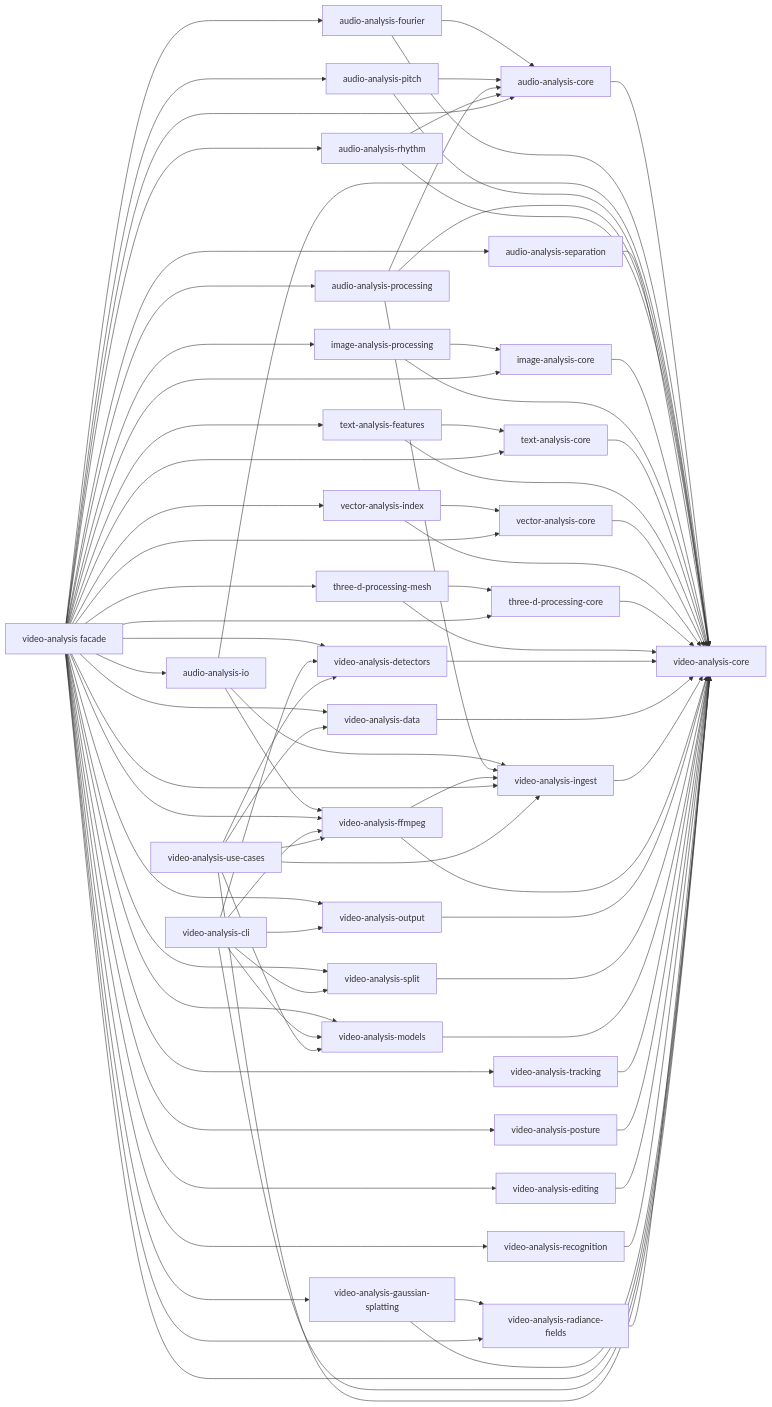
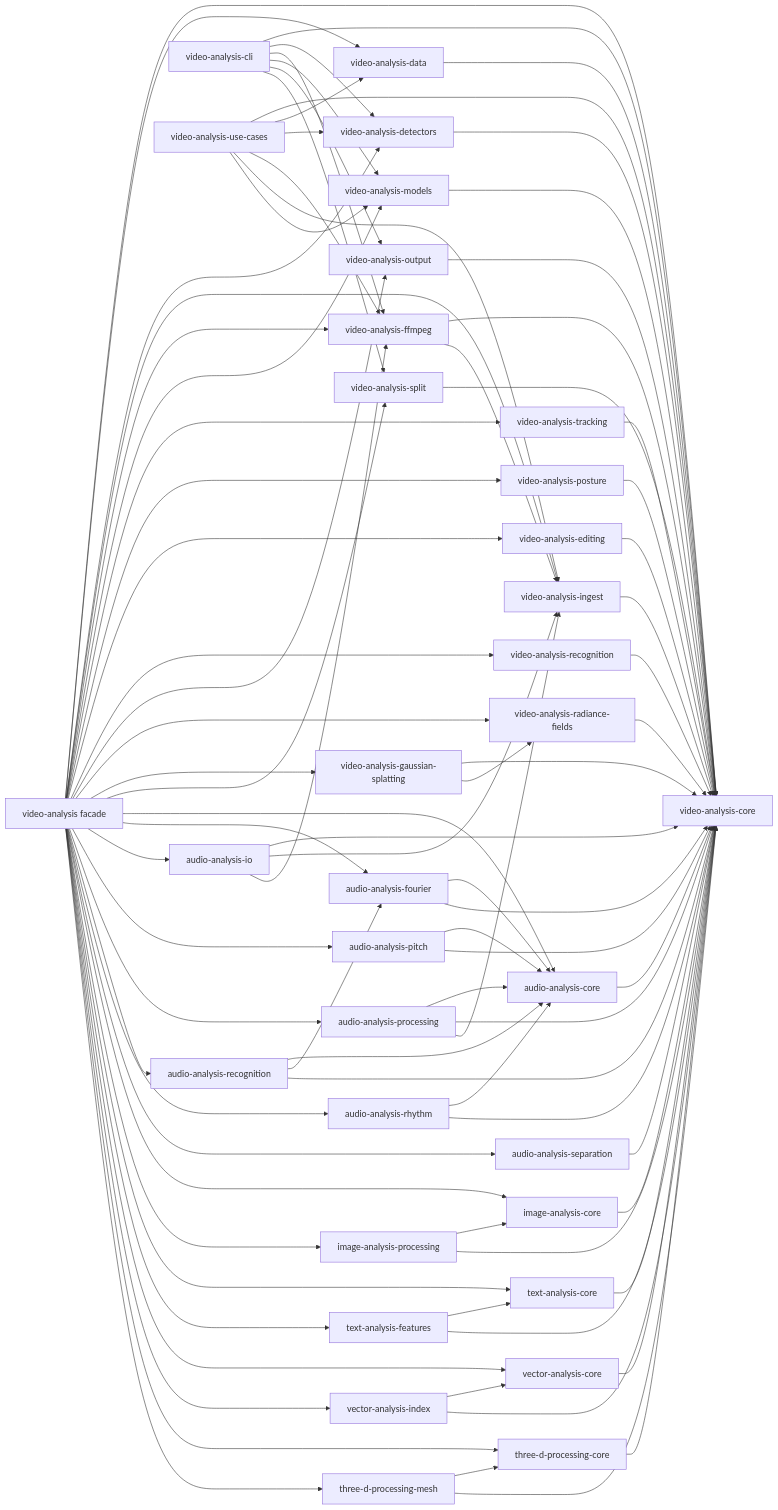
One commit to moritzbrantner/rust-packages changed the diagram in README.md. Above: the diagram before and after it, drawn with Mermaid. The commit also changed other lines of this file and 6 other files, not shown here.

First line of the commit message:
Add audio recognition crate

```diff
--- a/README.md
+++ b/README.md
@@ -181,6 +183,7 @@
     audioio[audio-analysis-io]
     pitch[audio-analysis-pitch]
     audioprocessing[audio-analysis-processing]
+    audiorecognition[audio-analysis-recognition]
     rhythm[audio-analysis-rhythm]
     separation[audio-analysis-separation]
     imagecore[image-analysis-core]
@@ -221,6 +224,9 @@
     audioprocessing --> audiocore
     audioprocessing --> core
     audioprocessing --> ingest
+    audiorecognition --> audiocore
+    audiorecognition --> fourier
+    audiorecognition --> core
     rhythm --> audiocore
     rhythm --> core
     separation --> core
@@ -272,6 +278,7 @@
     root --> audioio
     root --> pitch
     root --> audioprocessing
+    root --> audiorecognition
     root --> rhythm
     root --> separation
     root --> imagecore
```
